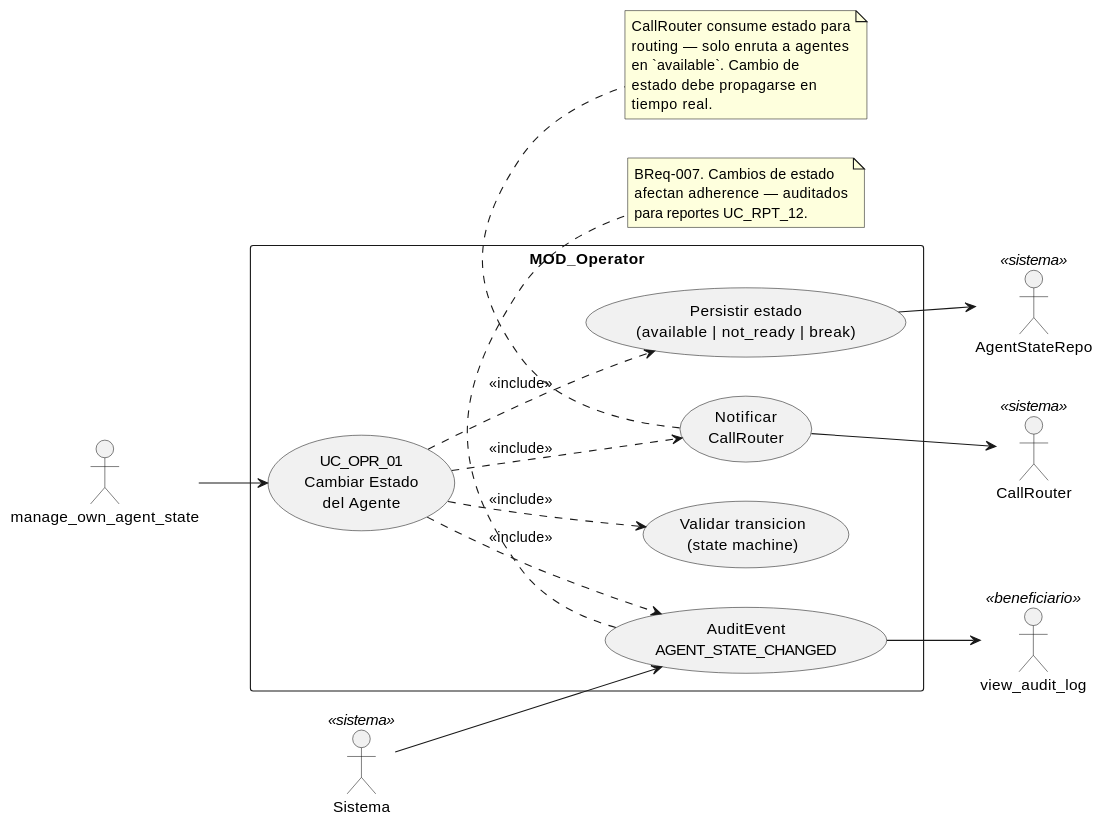
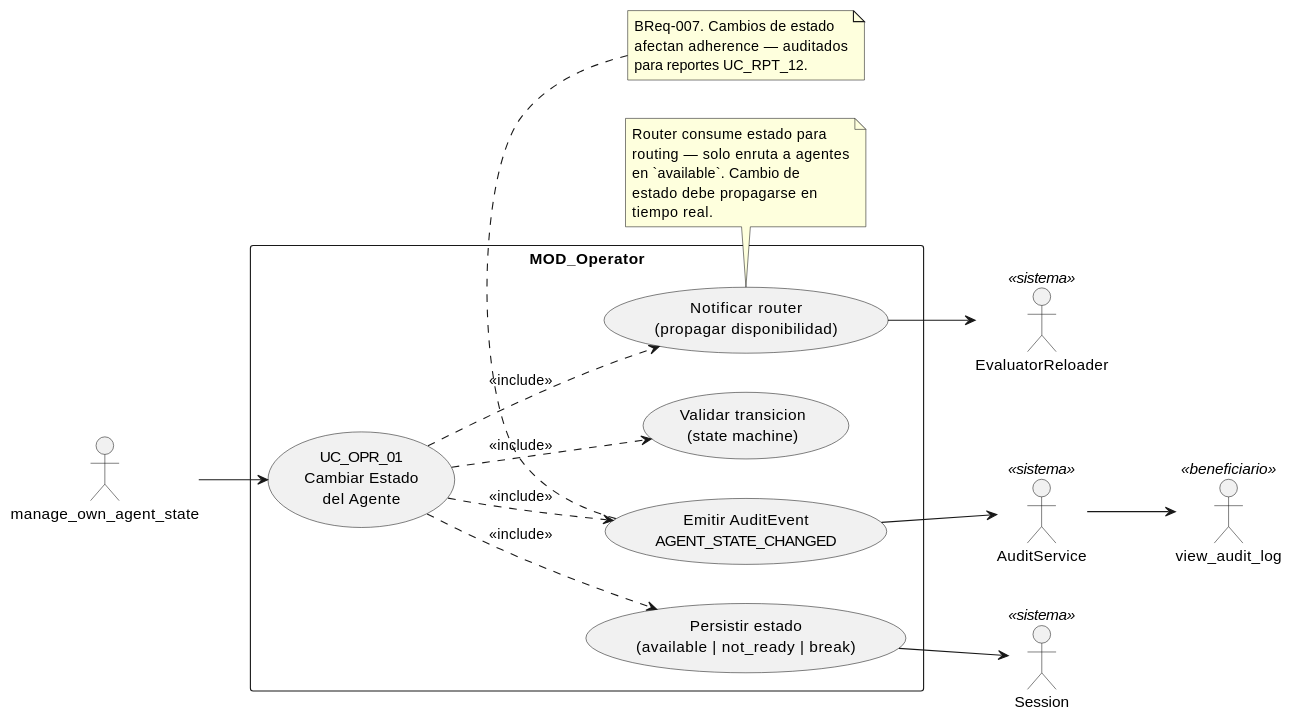
One commit to jcg-admin/IACT-docs changed the diagram in source/requisitos/casos-uso/operator/uc-opr-01/diagramas-uml/diagrama-de-caso-de-uso.rst. Above: the diagram before and after it, drawn with PlantUML. The commit also changed other lines of this file and 52 other files, not shown here.

```diff
--- a/source/requisitos/casos-uso/operator/uc-opr-01/diagramas-uml/diagrama-de-caso-de-uso.rst
+++ b/source/requisitos/casos-uso/operator/uc-opr-01/diagramas-uml/diagrama-de-caso-de-uso.rst
@@ -4,47 +4,47 @@
 .. uml::
  :caption: UC_OPR_01 — actores y casos asociados
 
  @startuml
 
  left to right direction
 
  actor "manage_own_agent_state" as INVOKER
- actor "AgentStateRepo" as REPO <<sistema>>
- actor "CallRouter" as ROUTER <<sistema>>
+ actor "Session" as SESSION <<sistema>>
+ actor "EvaluatorReloader" as ER <<sistema>>
+ actor "AuditService" as AS <<sistema>>
  actor "view_audit_log" as view_audit_log <<beneficiario>>
- actor "Sistema" as Sistema <<sistema>>
 
  rectangle "MOD_Operator" {
    usecase "UC_OPR_01\nCambiar Estado\ndel Agente" as UC_OPR_01
    usecase "Validar transicion\n(state machine)" as VALIDAR_TRANS
    usecase "Persistir estado\n(available | not_ready | break)" as PERSISTIR
-   usecase "Notificar\nCallRouter" as NOTIFY_ROUTER
-   usecase "AuditEvent\nAGENT_STATE_CHANGED" as AUDIT
+   usecase "Notificar router\n(propagar disponibilidad)" as NOTIFY_ROUTER
+   usecase "Emitir AuditEvent\nAGENT_STATE_CHANGED" as AUDIT
  }
 
  INVOKER --> UC_OPR_01
  UC_OPR_01 ..> VALIDAR_TRANS : <<include>>
  UC_OPR_01 ..> PERSISTIR : <<include>>
  UC_OPR_01 ..> NOTIFY_ROUTER : <<include>>
  UC_OPR_01 ..> AUDIT : <<include>>
 
- PERSISTIR --> REPO
- NOTIFY_ROUTER --> ROUTER
- Sistema --> AUDIT
- AUDIT --> view_audit_log
+ PERSISTIR --> SESSION
+ NOTIFY_ROUTER --> ER
+ AUDIT --> AS
+ AS --> view_audit_log
 
  note bottom of NOTIFY_ROUTER
-   CallRouter consume estado para
+   Router consume estado para
    routing — solo enruta a agentes
    en `available`. Cambio de
    estado debe propagarse en
    tiempo real.
  end note
 
  note bottom of AUDIT
    BReq-007. Cambios de estado
    afectan adherence — auditados
    para reportes UC_RPT_12.
  end note
 
  @enduml
```
